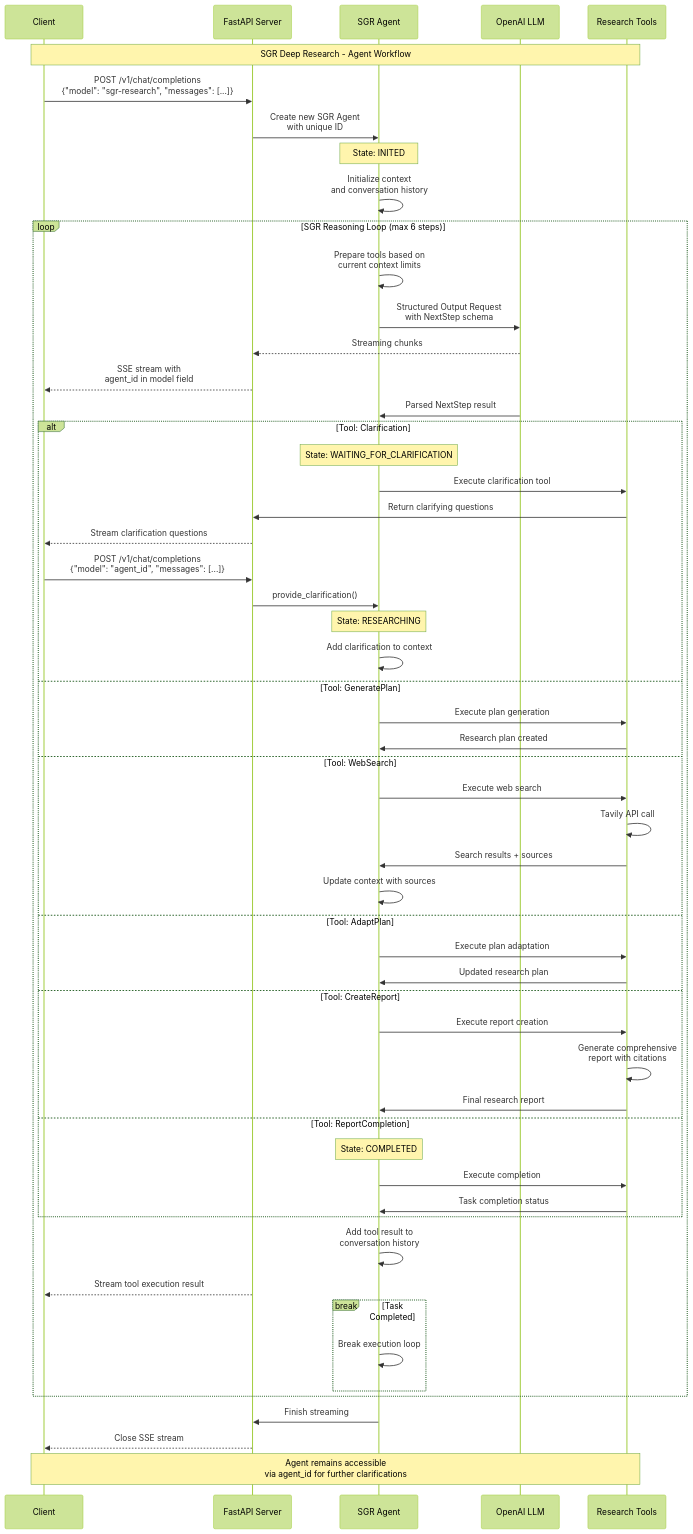
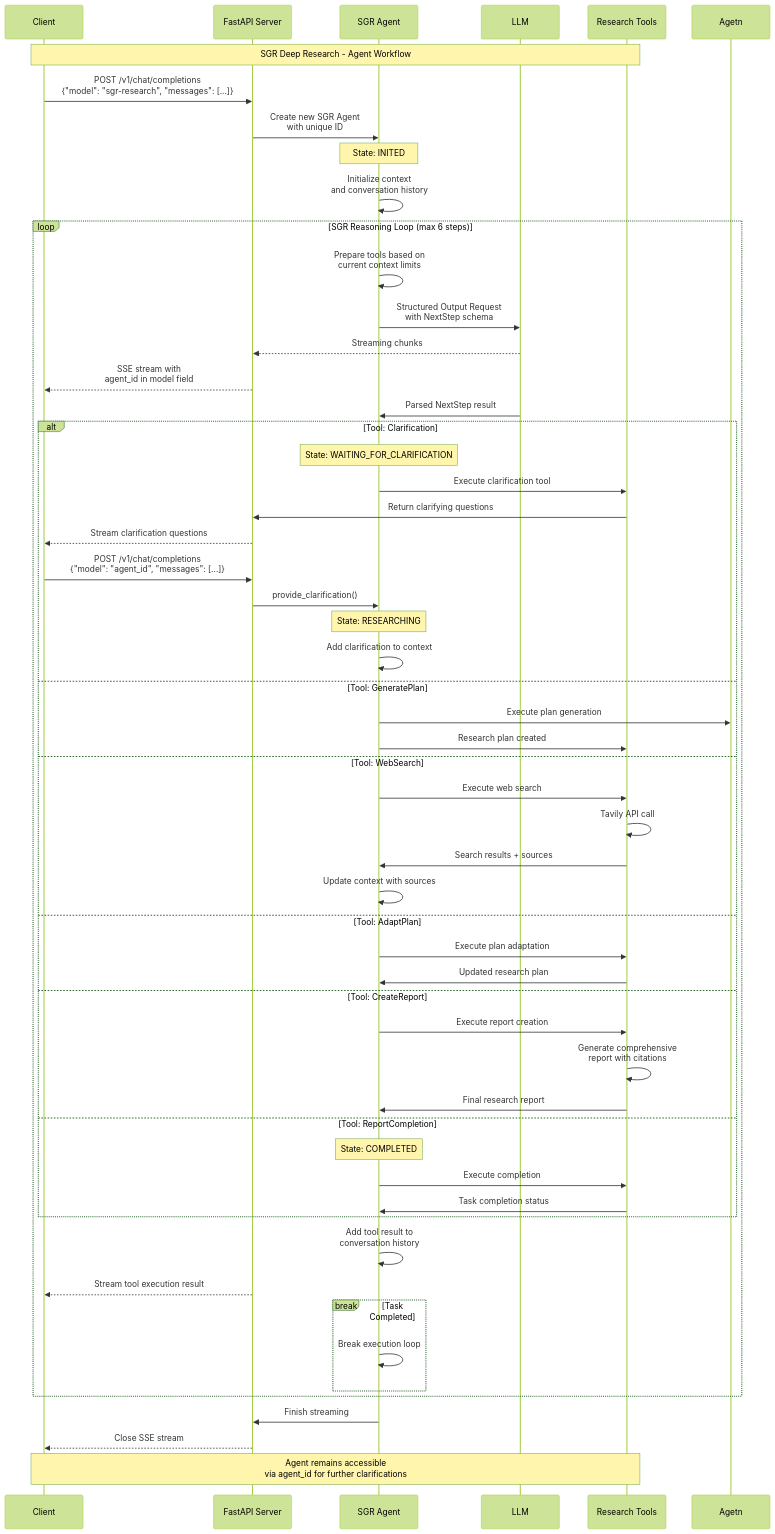
Before and after one commit to wiwindos/sgr-deep-research: the diagram in README.md, drawn with Mermaid (forest theme). The commit also changed other lines of this file, not shown here.

````diff
--- a/README.md
+++ b/README.md
@@ -176,75 +292,75 @@
 ```mermaid
 sequenceDiagram
     participant Client
     participant API as FastAPI Server
     participant Agent as SGR Agent
-    participant LLM as OpenAI LLM
+    participant LLM as LLM
     participant Tools as Research Tools
 
     Note over Client, Tools: SGR Deep Research - Agent Workflow
 
     Client->>API: POST /v1/chat/completions<br/>{"model": "sgr-research", "messages": [...]}
     
     API->>Agent: Create new SGR Agent<br/>with unique ID
     Note over Agent: State: INITED
     
     Agent->>Agent: Initialize context<br/>and conversation history
     
     loop SGR Reasoning Loop (max 6 steps)
         Agent->>Agent: Prepare tools based on<br/>current context limits
         Agent->>LLM: Structured Output Request<br/>with NextStep schema
         
         LLM-->>API: Streaming chunks
         API-->>Client: SSE stream with<br/>agent_id in model field
         
         LLM->>Agent: Parsed NextStep result
         
         alt Tool: Clarification
             Note over Agent: State: WAITING_FOR_CLARIFICATION
             Agent->>Tools: Execute clarification tool
             Tools->>API: Return clarifying questions
             API-->>Client: Stream clarification questions
             
             Client->>API: POST /v1/chat/completions<br/>{"model": "agent_id", "messages": [...]}
             API->>Agent: provide_clarification()
             Note over Agent: State: RESEARCHING
             Agent->>Agent: Add clarification to context
             
         else Tool: GeneratePlan
-            Agent->>Tools: Execute plan generation
-            Tools->>Agent: Research plan created
+            Agent->>Agetn: Execute plan generation
+            Agent->>Tools: Research plan created
             
         else Tool: WebSearch  
             Agent->>Tools: Execute web search
             Tools->>Tools: Tavily API call
             Tools->>Agent: Search results + sources
             Agent->>Agent: Update context with sources
             
         else Tool: AdaptPlan
             Agent->>Tools: Execute plan adaptation
             Tools->>Agent: Updated research plan
             
         else Tool: CreateReport
             Agent->>Tools: Execute report creation
             Tools->>Tools: Generate comprehensive<br/>report with citations
             Tools->>Agent: Final research report
             
         else Tool: ReportCompletion
             Note over Agent: State: COMPLETED
             Agent->>Tools: Execute completion
             Tools->>Agent: Task completion status
         end
         
         Agent->>Agent: Add tool result to<br/>conversation history
         API-->>Client: Stream tool execution result
         
         break Task Completed
             Agent->>Agent: Break execution loop
         end
     end
     
     Agent->>API: Finish streaming
     API-->>Client: Close SSE stream
     
     Note over Client, Tools: Agent remains accessible<br/>via agent_id for further clarifications
 ```
````
